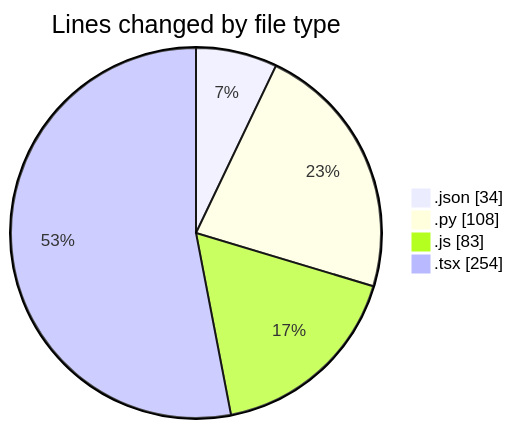
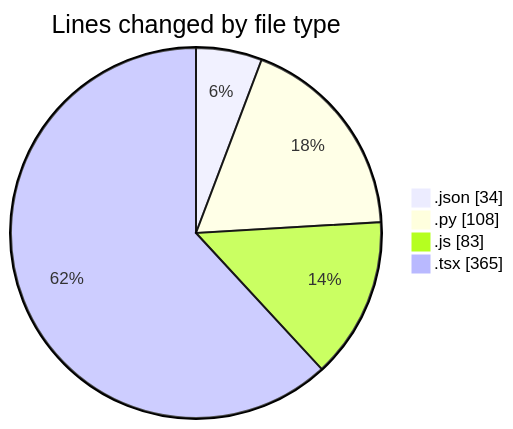
The first of 2 diagrams in 2026-07-28/nxtqube_webapp/README.md (nxtqubesakshisongat/code-tracking), drawn with Mermaid before and after one commit. The commit also changed other lines of this file and 1 other file, not shown here.

````diff
--- a/2026-07-28/nxtqube_webapp/README.md
+++ b/2026-07-28/nxtqube_webapp/README.md
@@ -23,8 +23,8 @@
 ```mermaid
 pie showData
 title Lines changed by file type
 ".json" : 34
 ".py" : 108
 ".js" : 83
-".tsx" : 254
+".tsx" : 365
 ```
````
